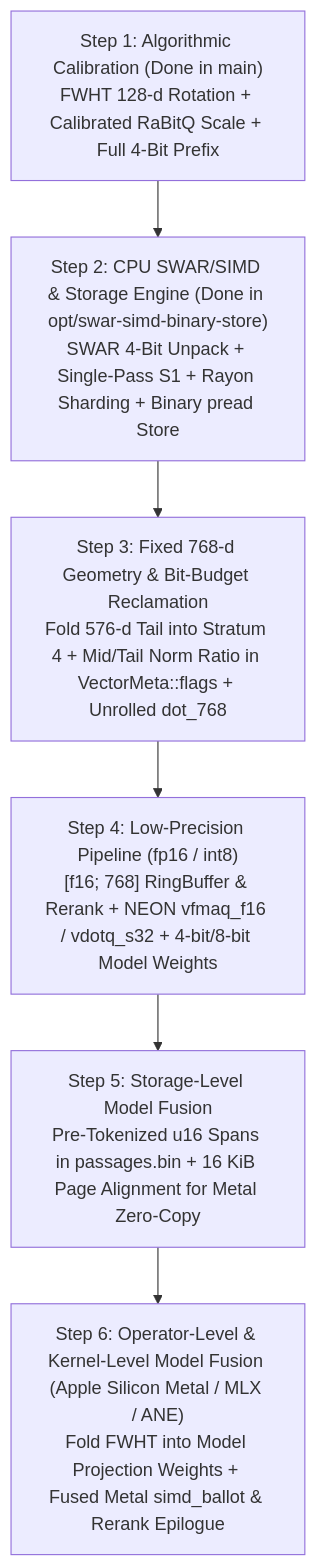
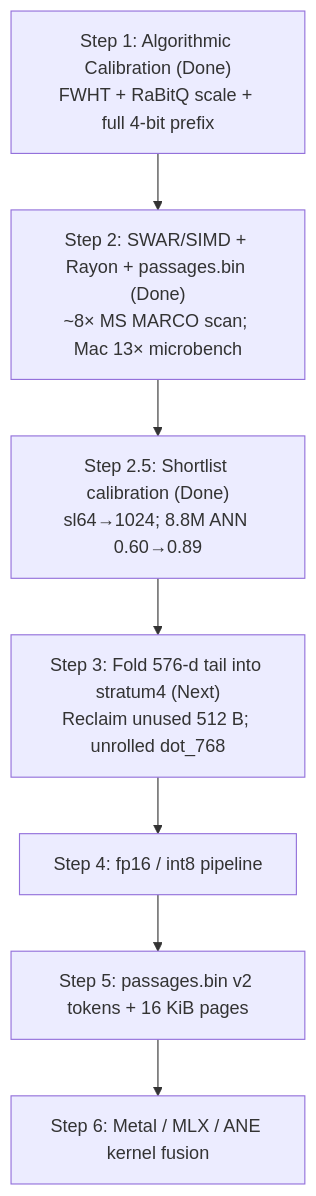
Before and after one commit to tcondello/mrl-index-rust-vector: the diagram in docs/OPTIMIZATION_AND_FUSION_ROADMAP.md, drawn with Mermaid. The commit also changed other lines of this file, not shown here.

First line of the commit message:
Calibrate optimization roadmap with MS MARCO measurements

````diff
--- a/docs/OPTIMIZATION_AND_FUSION_ROADMAP.md
+++ b/docs/OPTIMIZATION_AND_FUSION_ROADMAP.md
@@ -27,11 +27,12 @@
 ```mermaid
 flowchart TD
-    S1["Step 1: Algorithmic Calibration (Done in main)\nFWHT 128-d Rotation + Calibrated RaBitQ Scale + Full 4-Bit Prefix"]
-    S2["Step 2: CPU SWAR/SIMD & Storage Engine (Done in opt/swar-simd-binary-store)\nSWAR 4-Bit Unpack + Single-Pass S1 + Rayon Sharding + Binary pread Store"]
-    S3["Step 3: Fixed 768-d Geometry & Bit-Budget Reclamation\nFold 576-d Tail into Stratum 4 + Mid/Tail Norm Ratio in VectorMeta::flags + Unrolled dot_768"]
-    S4["Step 4: Low-Precision Pipeline (fp16 / int8)\n[f16; 768] RingBuffer & Rerank + NEON vfmaq_f16 / vdotq_s32 + 4-bit/8-bit Model Weights"]
-    S5["Step 5: Storage-Level Model Fusion\nPre-Tokenized u16 Spans in passages.bin + 16 KiB Page Alignment for Metal Zero-Copy"]
-    S6["Step 6: Operator-Level & Kernel-Level Model Fusion (Apple Silicon Metal / MLX / ANE)\nFold FWHT into Model Projection Weights + Fused Metal simd_ballot & Rerank Epilogue"]
+    S1["Step 1: Algorithmic Calibration (Done)\nFWHT + RaBitQ scale + full 4-bit prefix"]
+    S2["Step 2: SWAR/SIMD + Rayon + passages.bin (Done)\n~8× MS MARCO scan; Mac 13× microbench"]
+    S25["Step 2.5: Shortlist calibration (Done)\nsl64→1024; 8.8M ANN 0.60→0.89"]
+    S3["Step 3: Fold 576-d tail into stratum4 (Next)\nReclaim unused 512 B; unrolled dot_768"]
+    S4["Step 4: fp16 / int8 pipeline"]
+    S5["Step 5: passages.bin v2 tokens + 16 KiB pages"]
+    S6["Step 6: Metal / MLX / ANE kernel fusion"]
 
-    S1 --> S2 --> S3 --> S4 --> S5 --> S6
+    S1 --> S2 --> S25 --> S3 --> S4 --> S5 --> S6
 ```
````
